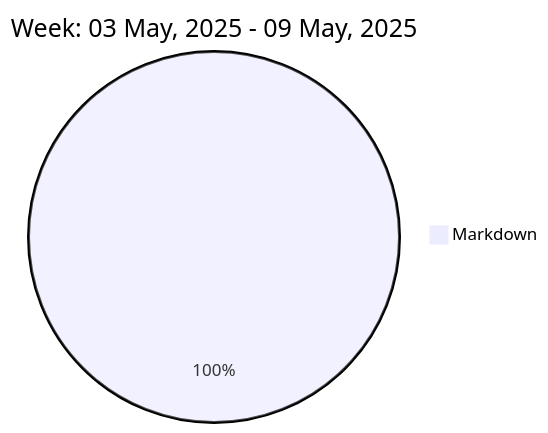
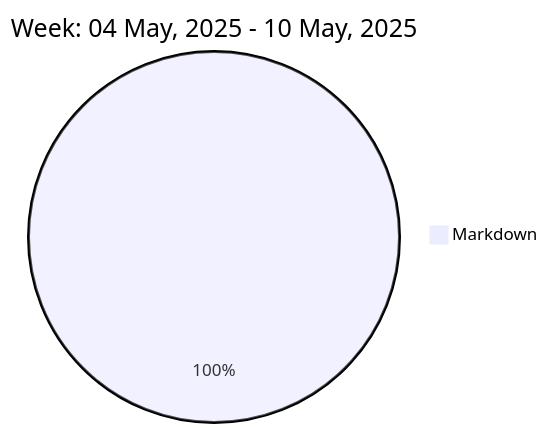
Before and after one commit to liubin95/liubin95: the diagram in README.md, drawn with Mermaid.

Commit message:
Updated the Graph with new Metrics

````diff
--- a/README.md
+++ b/README.md
@@ -37,5 +37,5 @@
 ```mermaid
  pie
-title Week: 03 May, 2025 - 09 May, 2025
+title Week: 04 May, 2025 - 10 May, 2025
  "Markdown" : 3.72
 ```
````
